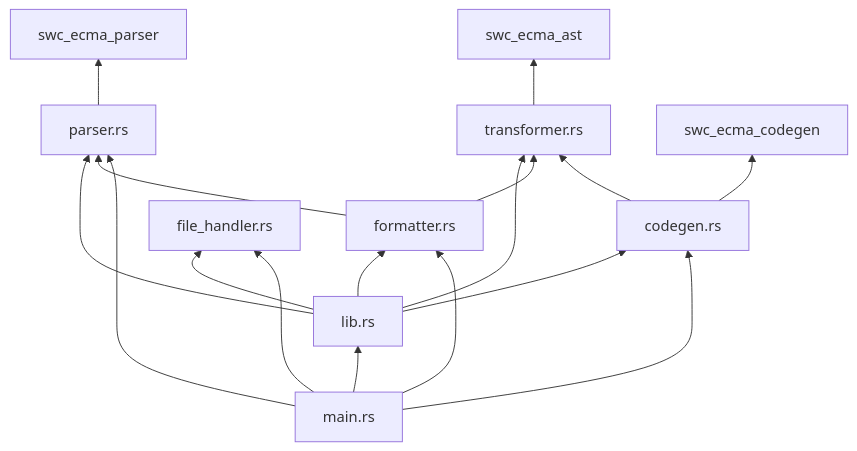
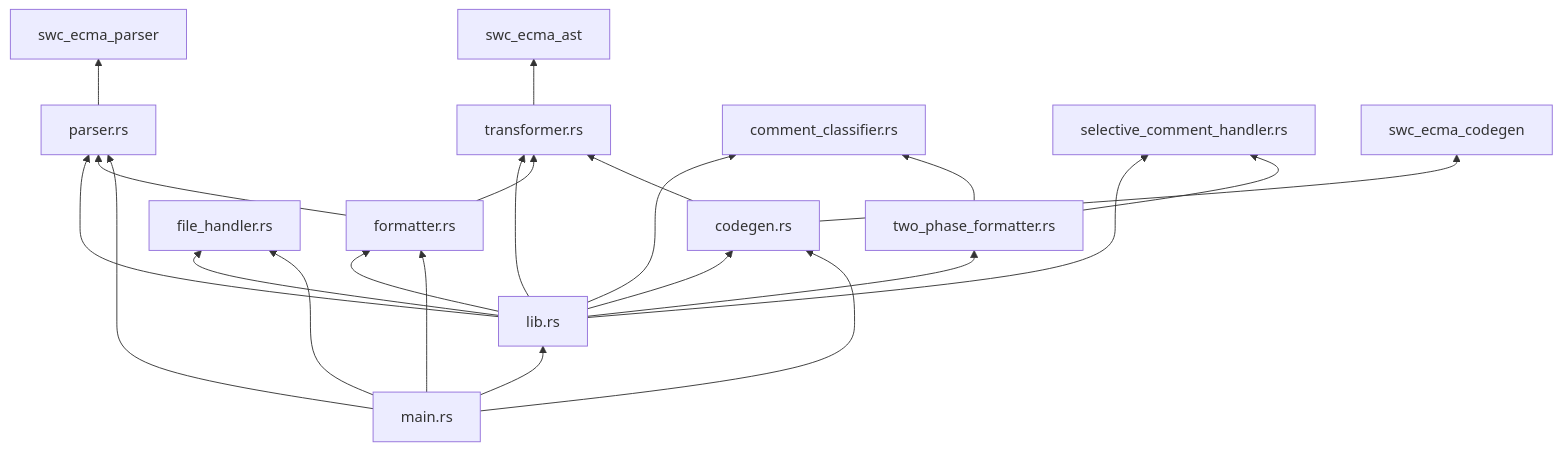
Before and after one commit to skeswa/krokfmt: the third of 19 diagrams in docs/design.md, drawn with Mermaid. The commit also changed other lines of this file and 16 other files, not shown here.

````diff
--- a/docs/design.md
+++ b/docs/design.md
@@ -122,21 +129,26 @@
 ```mermaid
 graph BT
     main[main.rs] --> lib[lib.rs]
     lib --> parser[parser.rs]
     lib --> transformer[transformer.rs]
     lib --> formatter[formatter.rs]
     lib --> codegen[codegen.rs]
     lib --> file_handler[file_handler.rs]
     
     formatter --> transformer
     formatter --> parser
     codegen --> transformer
     main --> file_handler
     main --> parser
     main --> formatter
     main --> codegen
+    lib --> comment_classifier[comment_classifier.rs]
+    lib --> selective_comment_handler[selective_comment_handler.rs]
+    lib --> two_phase_formatter[two_phase_formatter.rs]
     
     parser --> swc[swc_ecma_parser]
     codegen --> swc2[swc_ecma_codegen]
     transformer --> swc3[swc_ecma_ast]
+    two_phase_formatter --> comment_classifier
+    two_phase_formatter --> selective_comment_handler
 ```
````
